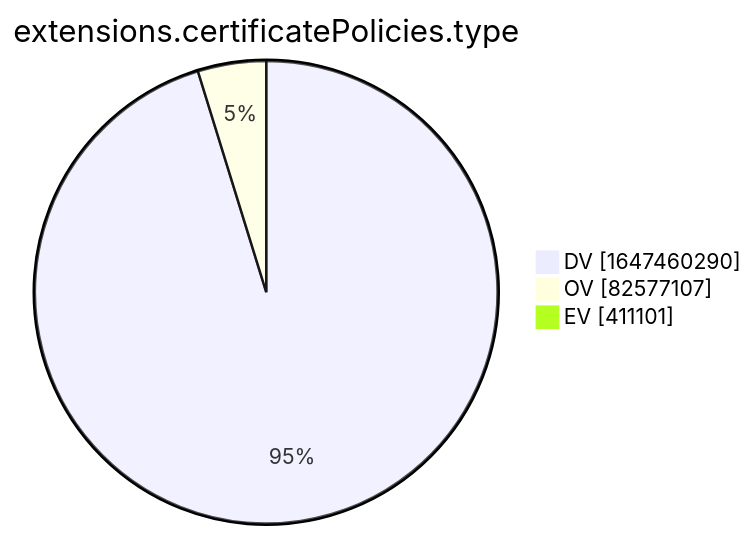
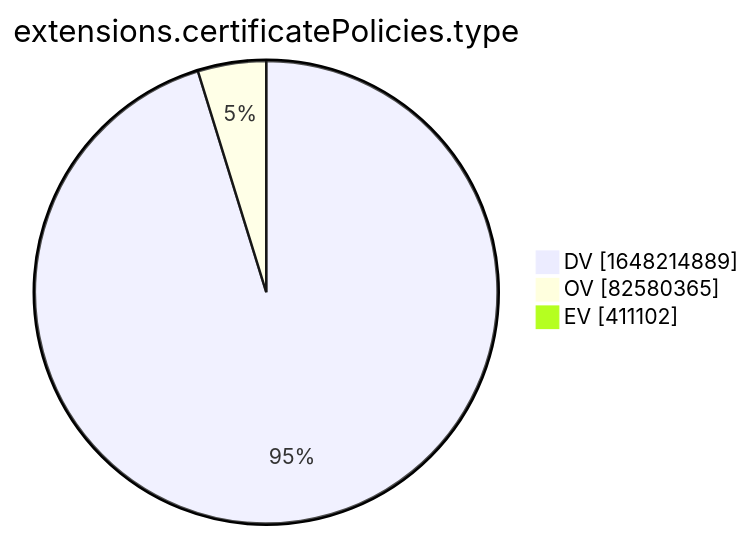
The tenth of 15 diagrams in xenon2022/README.md (christiankrug/ctmonitor_visualization), drawn with Mermaid before and after one commit. The commit also changed other lines of this file, not shown here.

````diff
--- a/xenon2022/README.md
+++ b/xenon2022/README.md
@@ -2880,7 +2880,7 @@
 ```mermaid
 pie showData
 title extensions.certificatePolicies.type
-"DV" :1647460290
-"OV" :82577107
-"EV" :411101
+"DV" :1648214889
+"OV" :82580365
+"EV" :411102
 ```
````
